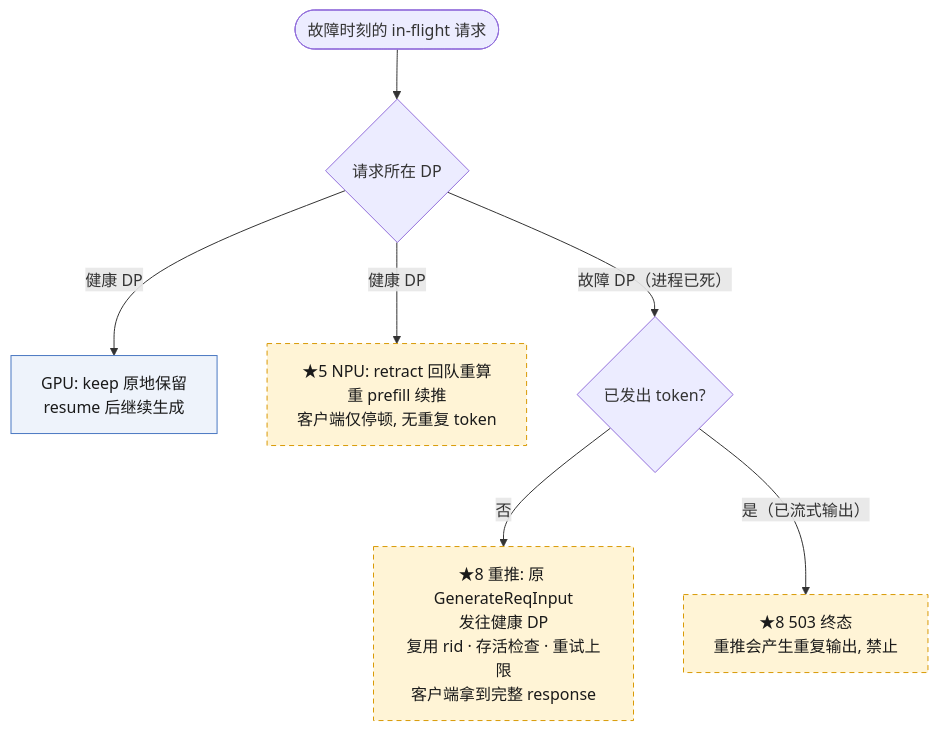
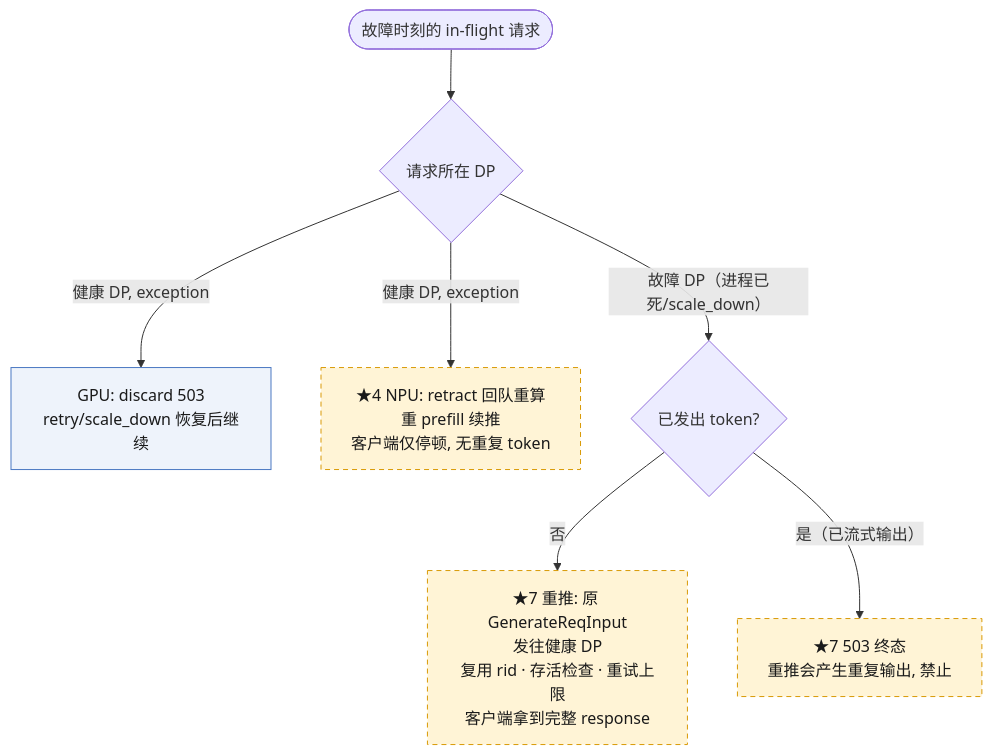
One commit to gaidandawang-afk/DesignDoc changed the second of 3 diagrams in sglang/npu/SGLang-NPU-DP-FT-GPU兼容适配方案.md. Above: the diagram before and after it, drawn with Mermaid. The commit also changed other lines of this file, not shown here.

First line of the commit message:
docs(sglang): align NPU DP-FT design with v7 self-pause architecture

````diff
--- a/sglang/npu/SGLang-NPU-DP-FT-GPU兼容适配方案.md
+++ b/sglang/npu/SGLang-NPU-DP-FT-GPU兼容适配方案.md
@@ -322,13 +328,13 @@
 ```mermaid
 flowchart TD
     classDef gpu fill:#eef3fb,stroke:#4a78c2,color:#1a1a1a
     classDef npu fill:#fff4d6,stroke:#d99a06,color:#1a1a1a,stroke-dasharray:5 4
 
     R([故障时刻的 in-flight 请求])
     R --> H{请求所在 DP}
-    H -->|健康 DP| HG[GPU: keep 原地保留<br/>resume 后继续生成]:::gpu
-    H -->|健康 DP| HN[★5 NPU: retract 回队重算<br/>重 prefill 续推<br/>客户端仅停顿, 无重复 token]:::npu
-    H -->|故障 DP（进程已死）| FD{已发出 token?}
-    FD -->|否| RP[★8 重推: 原 GenerateReqInput<br/>发往健康 DP<br/>复用 rid · 存活检查 · 重试上限<br/>客户端拿到完整 response]:::npu
-    FD -->|是（已流式输出）| K5[★8 503 终态<br/>重推会产生重复输出, 禁止]:::npu
+    H -->|健康 DP, exception| HG[GPU: discard 503<br/>retry/scale_down 恢复后继续]:::gpu
+    H -->|健康 DP, exception| HN[★4 NPU: retract 回队重算<br/>重 prefill 续推<br/>客户端仅停顿, 无重复 token]:::npu
+    H -->|故障 DP（进程已死/scale_down）| FD{已发出 token?}
+    FD -->|否| RP[★7 重推: 原 GenerateReqInput<br/>发往健康 DP<br/>复用 rid · 存活检查 · 重试上限<br/>客户端拿到完整 response]:::npu
+    FD -->|是（已流式输出）| K5[★7 503 终态<br/>重推会产生重复输出, 禁止]:::npu
 ```
````
